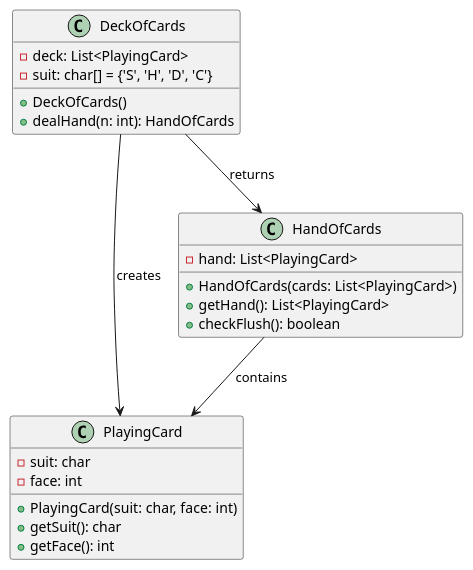
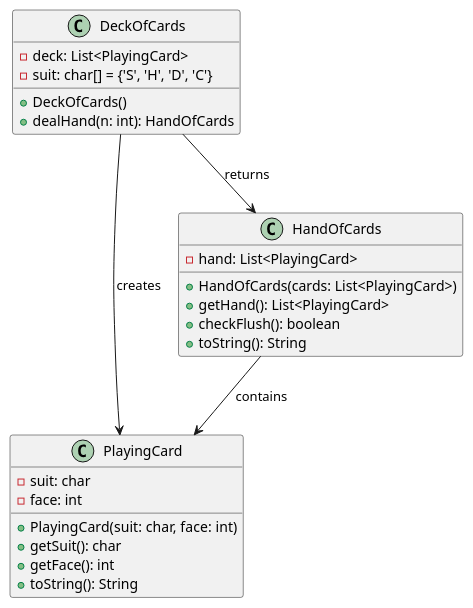
The diagram in Diagrams/ClassDiagram(FirstDraft).puml (sigveer/IDATT2003-Oving5), drawn with PlantUML before and after one commit. The commit also changed 1 other file, not shown here.

Commit message:
Refactor class diagram to include new game structure and relationships

```diff
--- a/Diagrams/ClassDiagram(FirstDraft).puml
+++ b/Diagrams/ClassDiagram(FirstDraft).puml
@@ -1,27 +1,29 @@
 @startuml
 class PlayingCard {
   - suit: char
   - face: int
   + PlayingCard(suit: char, face: int)
   + getSuit(): char
   + getFace(): int
+  + toString(): String
 }
 
 class DeckOfCards {
   - deck: List<PlayingCard>
   - suit: char[] = {'S', 'H', 'D', 'C'}
   + DeckOfCards()
   + dealHand(n: int): HandOfCards
 }
 
 class HandOfCards {
   - hand: List<PlayingCard>
   + HandOfCards(cards: List<PlayingCard>)
   + getHand(): List<PlayingCard>
   + checkFlush(): boolean
+  + toString(): String
 }
 
 DeckOfCards --> PlayingCard : creates
 DeckOfCards --> HandOfCards : returns
 HandOfCards --> PlayingCard : contains
 @enduml
```
